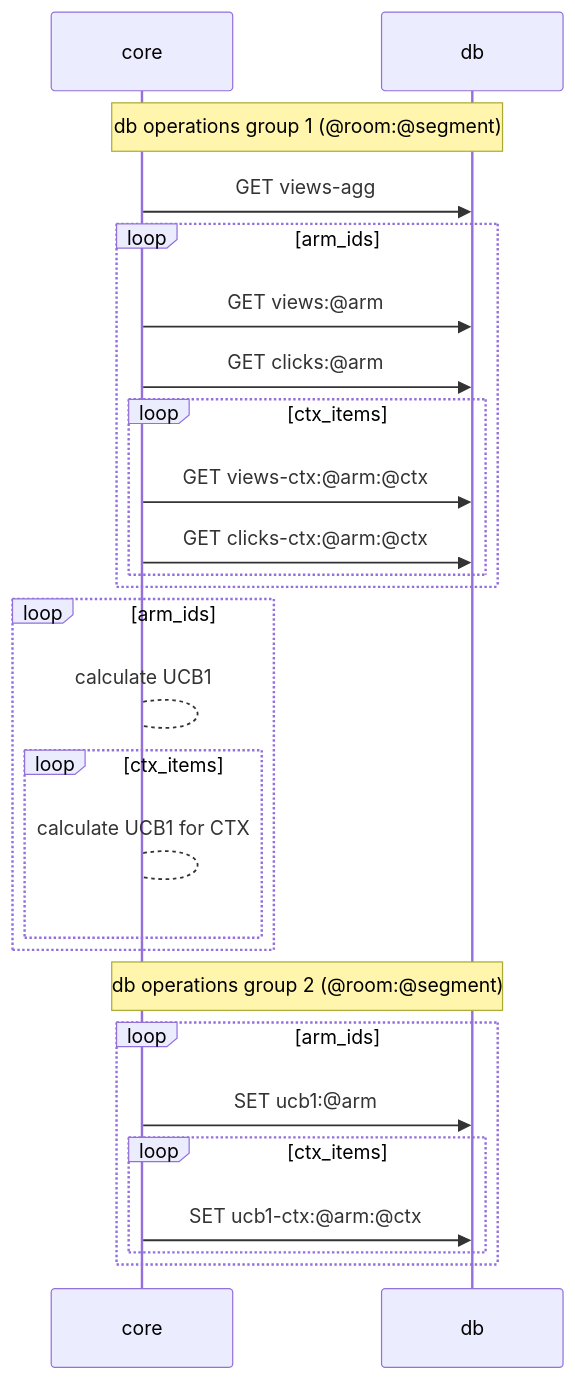
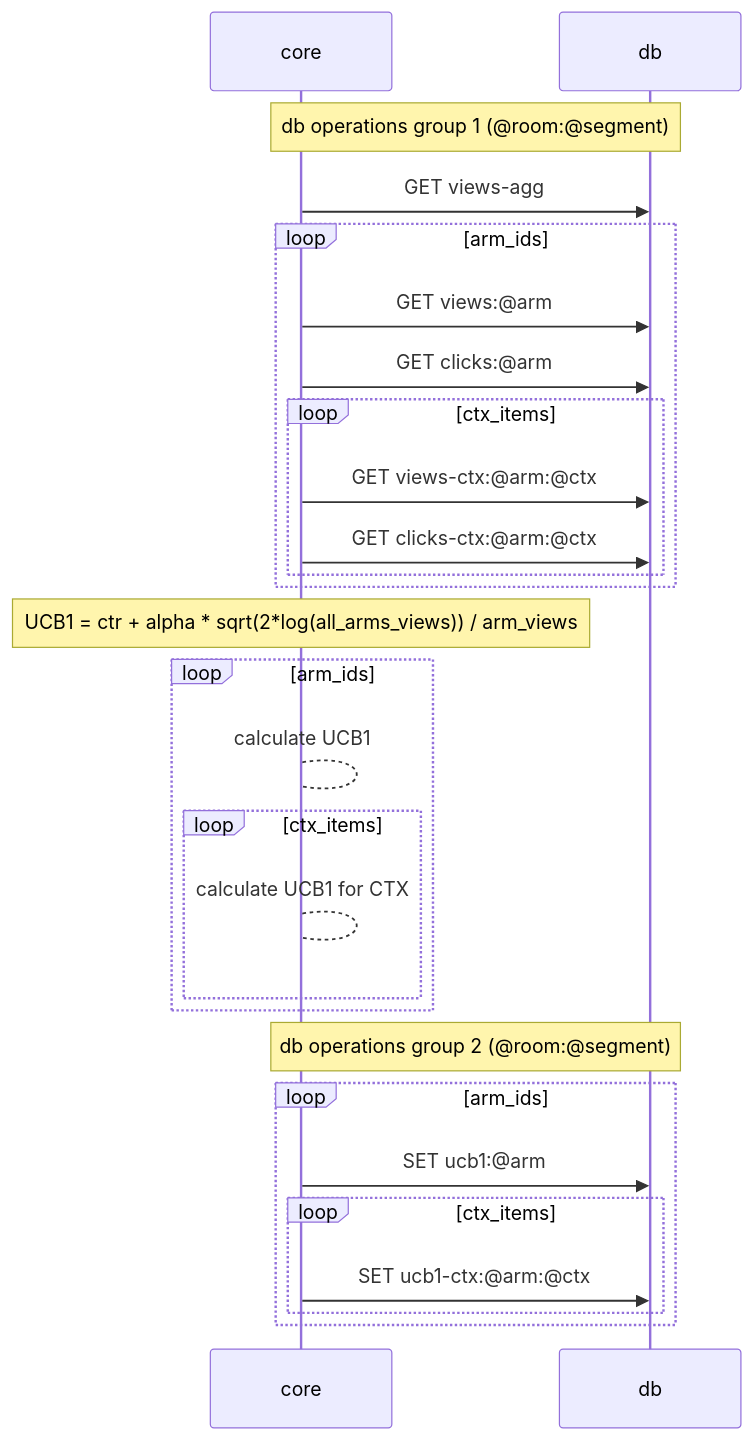
The second of 4 diagrams in README.md (mobarski/kraken), drawn with Mermaid before and after one commit. The commit also changed other lines of this file and 2 other files, not shown here.

````diff
--- a/README.md
+++ b/README.md
@@ -95,30 +119,31 @@
 ```mermaid
 sequenceDiagram
 
 note over core,db : db operations group 1 (@room:@segment)
 core ->> db : GET views-agg
 loop arm_ids
 core ->> db : GET views:@arm
 core ->> db : GET clicks:@arm
 loop ctx_items
 core ->> db : GET views-ctx:@arm:@ctx
 core ->> db : GET clicks-ctx:@arm:@ctx
 end
 end
 
+note over core : UCB1 = ctr + alpha * sqrt(2*log(all_arms_views)) / arm_views
 loop arm_ids
 core --> core : calculate UCB1
 loop ctx_items
 core --> core : calculate UCB1 for CTX
 end
 end
 
 note over core,db : db operations group 2 (@room:@segment)
 loop arm_ids
 core ->> db : SET ucb1:@arm
 loop ctx_items
 core ->> db : SET ucb1-ctx:@arm:@ctx
 end
 end
 
 ```
````
